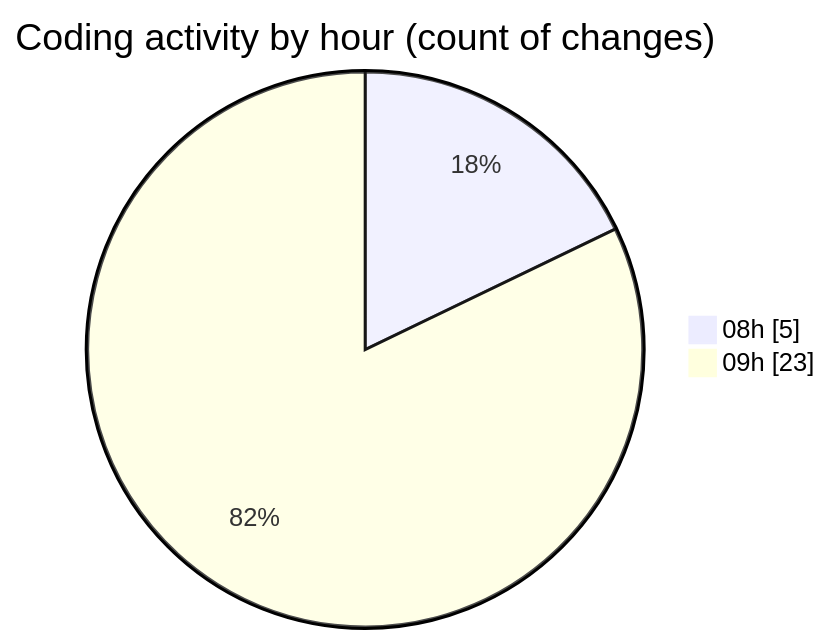
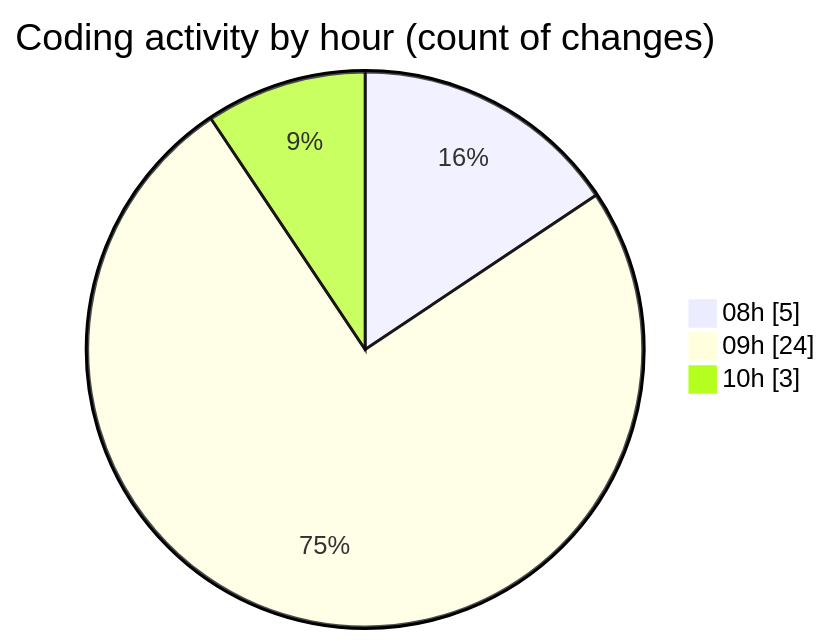
One commit to momahboobian/code-tracking changed the second of 2 diagrams in 2025-11-24/cda/README.md. Above: the diagram before and after it, drawn with Mermaid. The commit also changed other lines of this file and 1 other file, not shown here.

````diff
--- a/2025-11-24/cda/README.md
+++ b/2025-11-24/cda/README.md
@@ -34,6 +34,7 @@
 ```mermaid
 pie showData
 title Coding activity by hour (count of changes)
 "08h" : 5
-"09h" : 23
+"09h" : 24
+"10h" : 3
 ```
````
